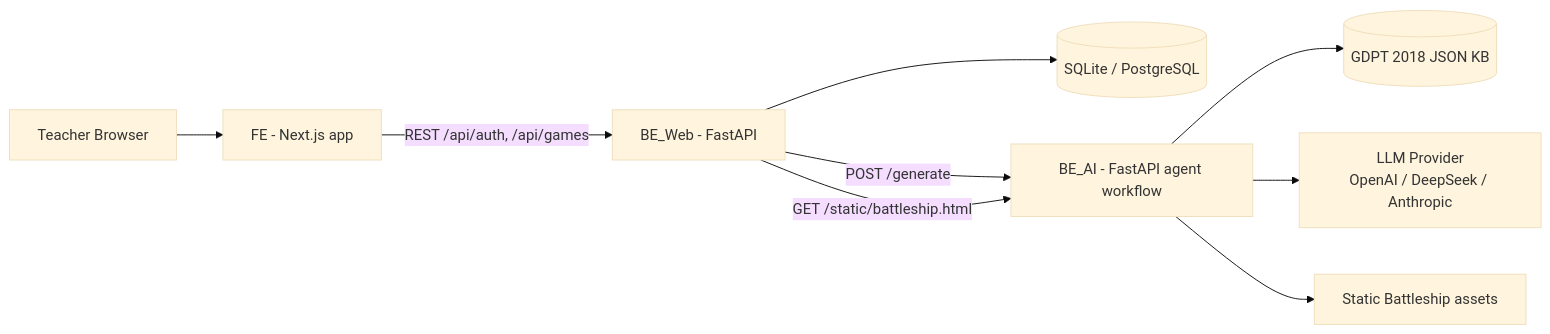
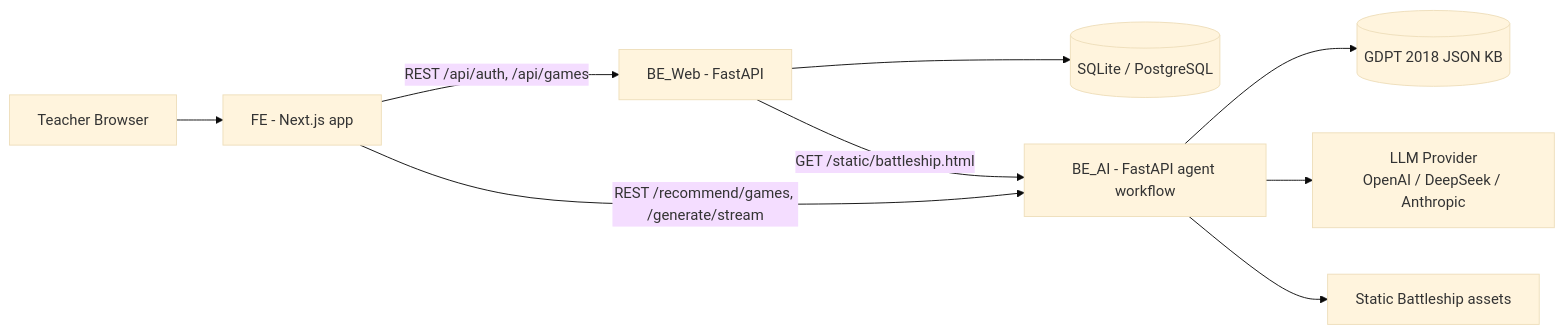
Before and after one commit to hieuhieu10/c2-app-127: the first of 6 diagrams in docs/ARCHITECTURE.md, drawn with Mermaid (base theme). The commit also changed other lines of this file and 34 other files, not shown here.

Commit message:
chore: clean old game flow and standardize backend docs

````diff
--- a/docs/ARCHITECTURE.md
+++ b/docs/ARCHITECTURE.md
@@ -23,20 +23,20 @@
 ```mermaid
 flowchart LR
     Teacher[Teacher Browser]
     FE[FE - Next.js app]
     BEW[BE_Web - FastAPI]
     DB[(SQLite / PostgreSQL)]
     BEAI[BE_AI - FastAPI agent workflow]
     KB[(GDPT 2018 JSON KB)]
     LLM[LLM Provider<br/>OpenAI / DeepSeek / Anthropic]
     Static[Static Battleship assets]
 
     Teacher --> FE
+    FE -->|REST /recommend/games, /generate/stream| BEAI
     FE -->|REST /api/auth, /api/games| BEW
     BEW --> DB
-    BEW -->|POST /generate| BEAI
     BEW -->|GET /static/battleship.html| BEAI
     BEAI --> KB
     BEAI --> LLM
     BEAI --> Static
 ```
````
